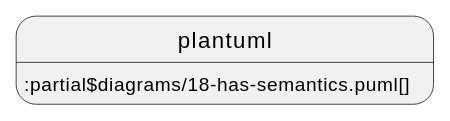
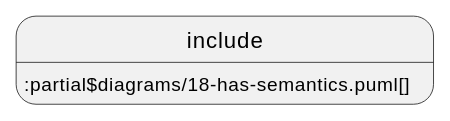
The fifth of 9 diagrams in documentation/IDTA-01001/modules/ROOT/pages/spec-metamodel/common.adoc (acplt/aas-specs), drawn with PlantUML before and after one commit. The commit also changed other lines of this file and 14 other files, not shown here.

First line of the commit message:
Revert "Use plantuml instead of include and test ./"

```diff
--- a/documentation/IDTA-01001/modules/ROOT/pages/spec-metamodel/common.adoc
+++ b/documentation/IDTA-01001/modules/ROOT/pages/spec-metamodel/common.adoc
@@ -305,4 +305,4 @@
 [plantuml, 18-has-semantics, svg]
 ....
-plantuml::partial$diagrams/18-has-semantics.puml[]
+include::partial$diagrams/18-has-semantics.puml[]
 ....
```
